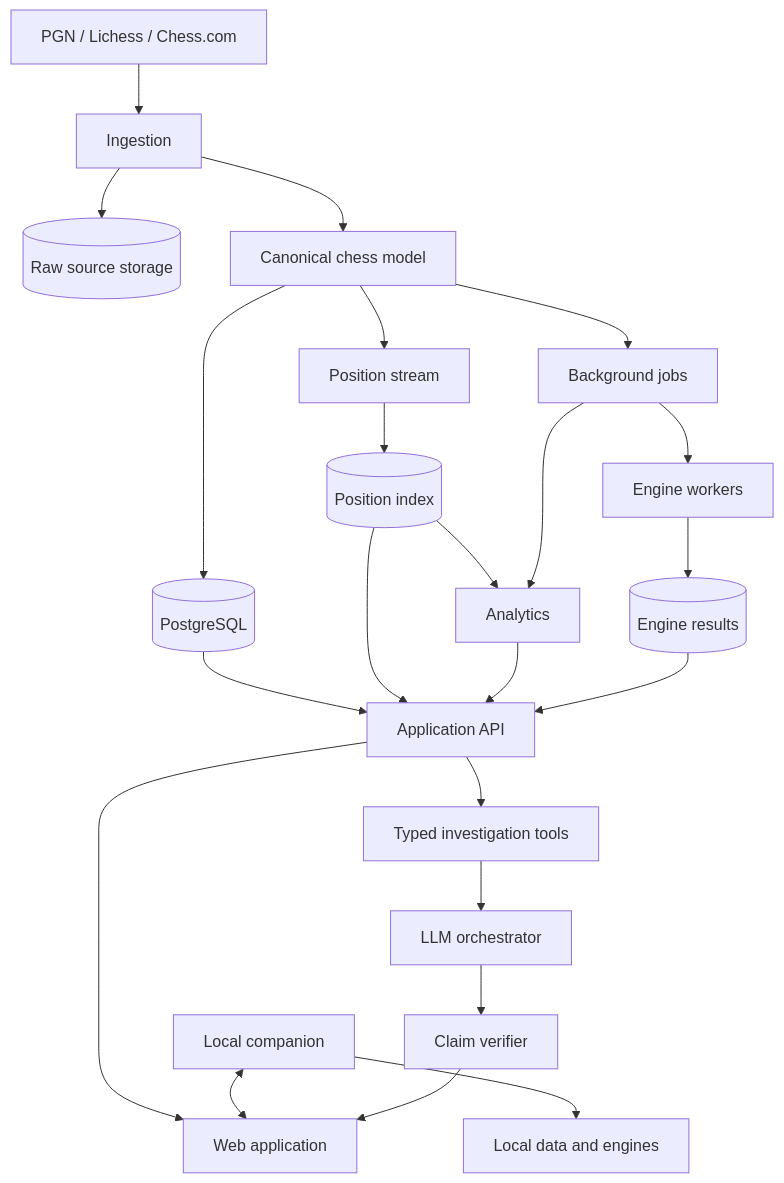
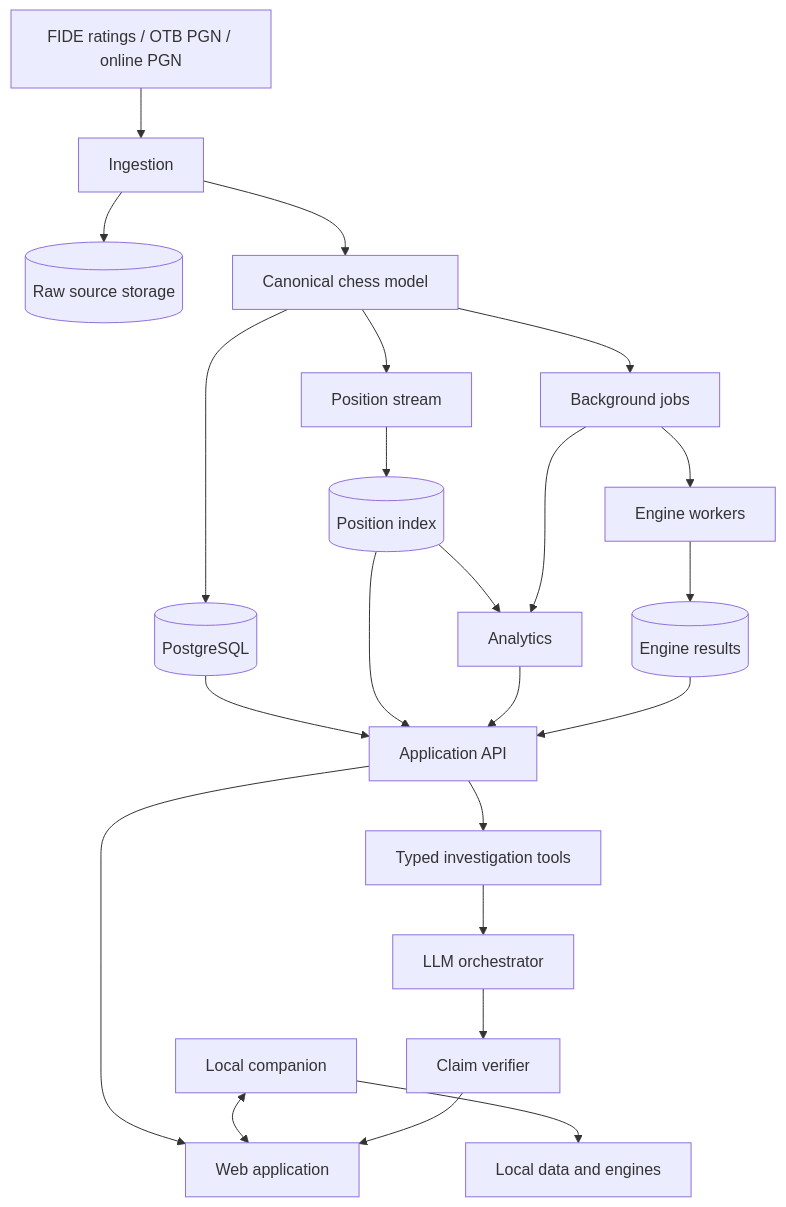
Before and after one commit to Rokki-Khazratov/ChessScope: the diagram in docs/architecture/01-system-overview.md, drawn with Mermaid. The commit also changed other lines of this file and 16 other files, not shown here.

````diff
--- a/docs/architecture/01-system-overview.md
+++ b/docs/architecture/01-system-overview.md
@@ -16,25 +16,25 @@
 ```mermaid
 flowchart TB
-    S[PGN / Lichess / Chess.com] --> I[Ingestion]
+    S[FIDE ratings / OTB PGN / online PGN] --> I[Ingestion]
     I --> R[(Raw source storage)]
     I --> C[Canonical chess model]
     C --> P[(PostgreSQL)]
     C --> X[Position stream]
     X --> PI[(Position index)]
     C --> Q[Background jobs]
     PI --> A[Analytics]
     Q --> A
     Q --> E[Engine workers]
     E --> ER[(Engine results)]
     P --> API[Application API]
     PI --> API
     A --> API
     ER --> API
     API --> W[Web application]
     LC[Local companion] <--> W
     LC --> LE[Local data and engines]
     API --> T[Typed investigation tools]
     T --> L[LLM orchestrator]
     L --> V[Claim verifier]
     V --> W
 ```
````
